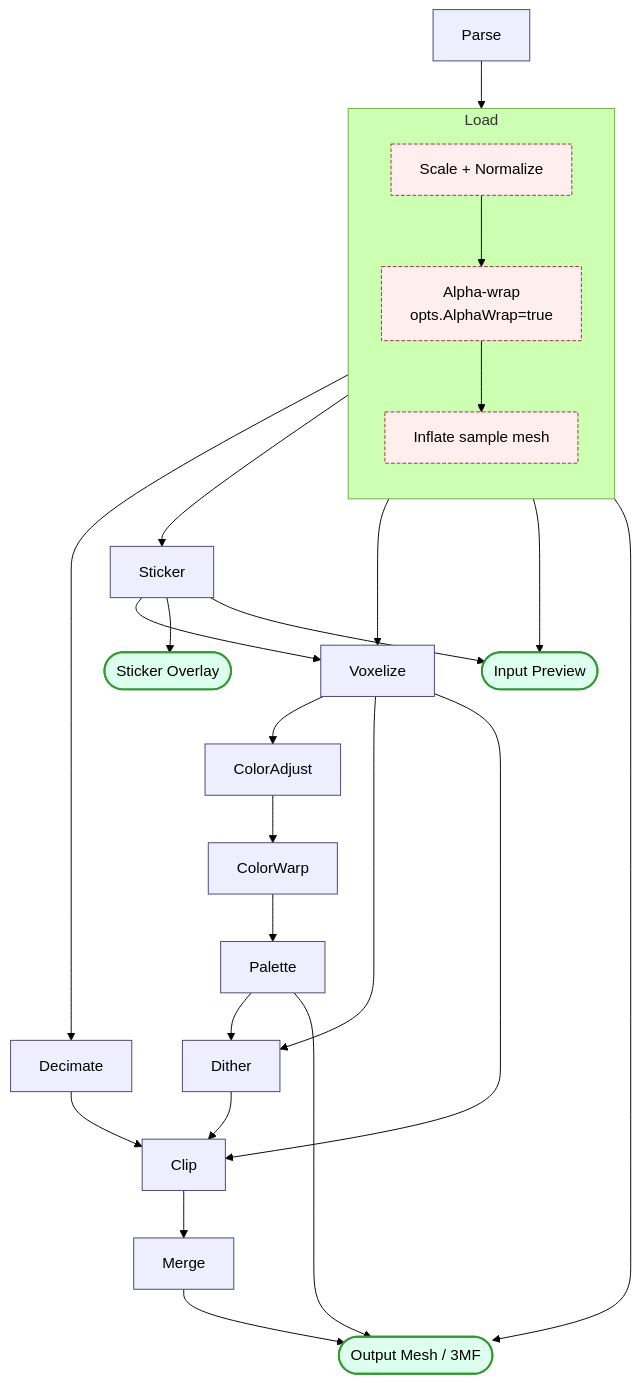
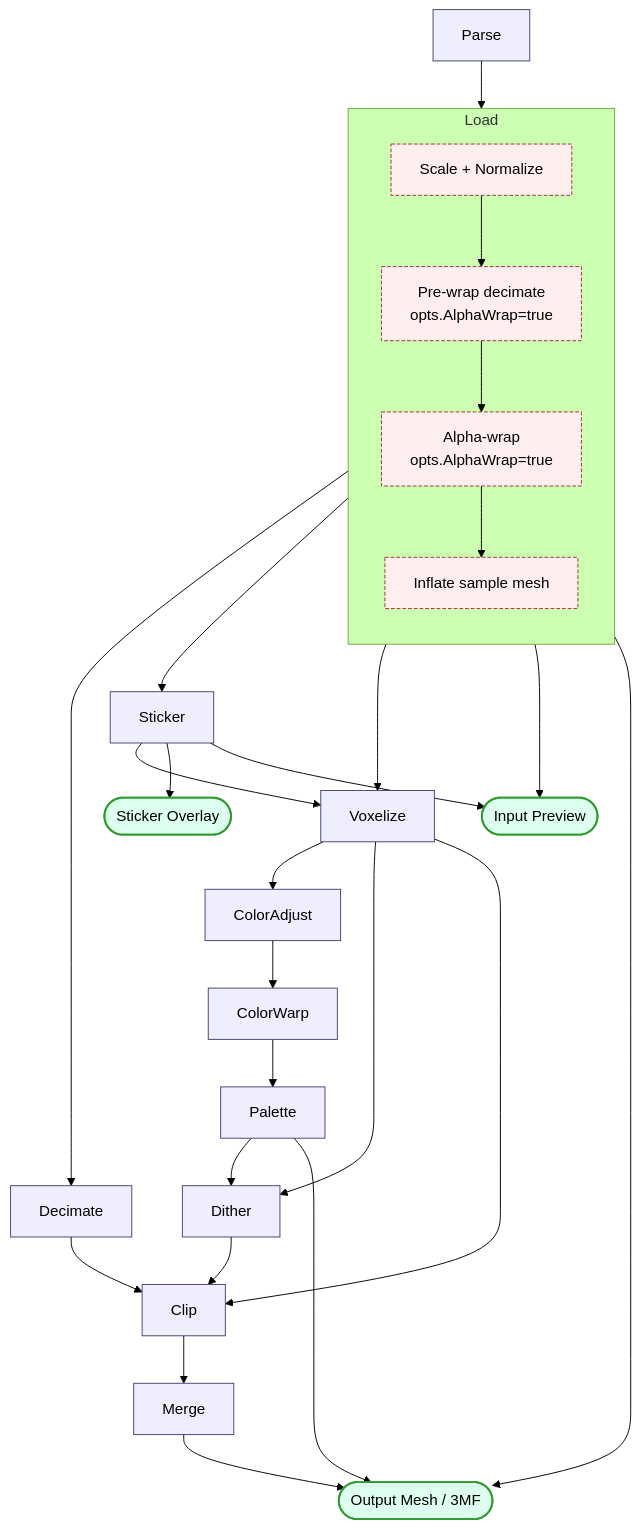
One commit to rtwfroody/ditherforge changed the diagram in internal/pipeline/PIPELINE.md. Above: the diagram before and after it, drawn with Mermaid (forest theme). The commit also changed other lines of this file and 4 other files, not shown here.

First line of the commit message:
Decimate before alpha-wrap and close NozzleDiameter cache hole

````diff
--- a/internal/pipeline/PIPELINE.md
+++ b/internal/pipeline/PIPELINE.md
@@ -56,52 +56,53 @@
 ```mermaid
 graph TD
     classDef consumer fill:#dfe,stroke:#393,stroke-width:2px;
     classDef stage fill:#eef,stroke:#447;
     classDef substep fill:#fee,stroke:#933,stroke-dasharray: 4 2;
 
     Parse[Parse]:::stage
     Decimate[Decimate]:::stage
     Sticker[Sticker]:::stage
     Voxelize[Voxelize]:::stage
     ColorAdjust[ColorAdjust]:::stage
     ColorWarp[ColorWarp]:::stage
     Palette[Palette]:::stage
     Dither[Dither]:::stage
     Clip[Clip]:::stage
     Merge[Merge]:::stage
 
     subgraph Load[Load]
         direction TB
         Scale[Scale + Normalize]:::substep
+        PreDecimate[Pre-wrap decimate<br/>opts.AlphaWrap=true]:::substep
         AlphaWrap[Alpha-wrap<br/>opts.AlphaWrap=true]:::substep
         Inflate[Inflate sample mesh]:::substep
-        Scale --> AlphaWrap --> Inflate
+        Scale --> PreDecimate --> AlphaWrap --> Inflate
     end
     class Load stage
 
     Parse --> Load
     Load --> Decimate
     Load --> Sticker
     Load --> Voxelize
     Sticker --> Voxelize
     Voxelize --> ColorAdjust
     ColorAdjust --> ColorWarp
     ColorWarp --> Palette
     Palette --> Dither
     Voxelize --> Dither
     Dither --> Clip
     Decimate --> Clip
     Voxelize --> Clip
     Clip --> Merge
 
     InputPreview([Input Preview]):::consumer
     Overlay([Sticker Overlay]):::consumer
     OutputMesh([Output Mesh / 3MF]):::consumer
 
     Load --> InputPreview
     Sticker --> Overlay
     Sticker --> InputPreview
     Merge --> OutputMesh
     Palette --> OutputMesh
     Load --> OutputMesh
 ```
````
